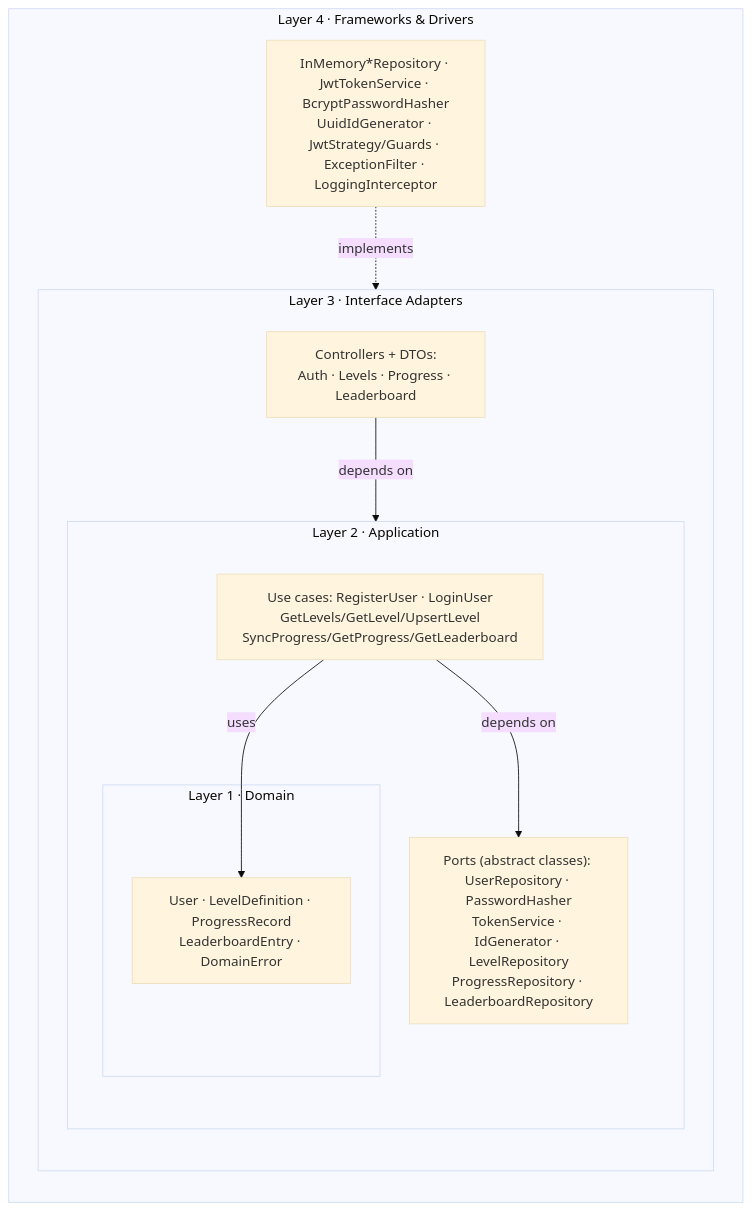
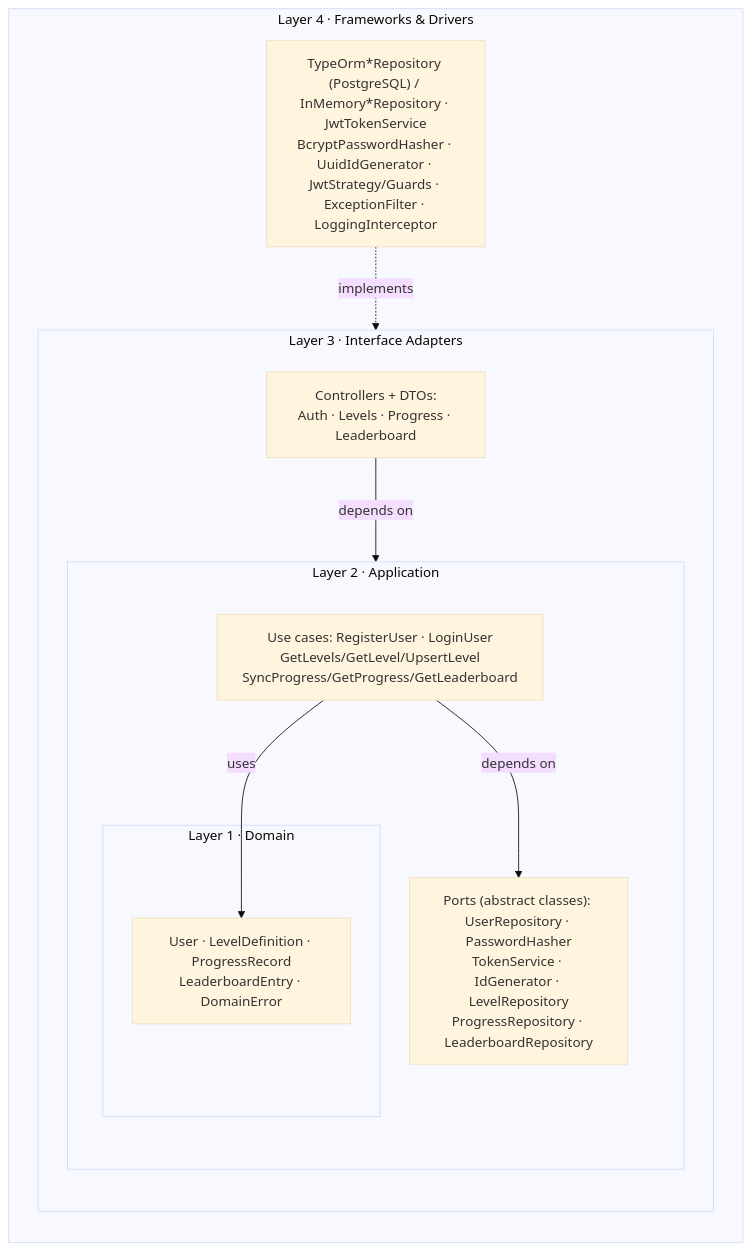
Before and after one commit to danielsaco098/ArrowMaze-Backend: the first of 2 diagrams in README.md, drawn with Mermaid (base theme). The commit also changed other lines of this file and 3 other files, not shown here.

First line of the commit message:
docs: update README, diagrams and AI usage log for PostgreSQL persistence (#8)

````diff
--- a/README.md
+++ b/README.md
@@ -55,24 +58,24 @@
 ```mermaid
 flowchart TB
     subgraph L4["Layer 4 · Frameworks & Drivers"]
         direction TB
         subgraph L3["Layer 3 · Interface Adapters"]
             direction TB
             subgraph L2["Layer 2 · Application"]
                 direction TB
                 subgraph L1["Layer 1 · Domain"]
                     DOMAIN["User · LevelDefinition · ProgressRecord<br/>LeaderboardEntry · DomainError"]
                 end
                 USECASES["Use cases: RegisterUser · LoginUser<br/>GetLevels/GetLevel/UpsertLevel<br/>SyncProgress/GetProgress/GetLeaderboard"]
                 PORTS["Ports (abstract classes): UserRepository · PasswordHasher<br/>TokenService · IdGenerator · LevelRepository<br/>ProgressRepository · LeaderboardRepository"]
             end
             CONTROLLERS["Controllers + DTOs:<br/>Auth · Levels · Progress · Leaderboard"]
         end
-        INFRA["InMemory*Repository · JwtTokenService · BcryptPasswordHasher<br/>UuidIdGenerator · JwtStrategy/Guards · ExceptionFilter · LoggingInterceptor"]
+        INFRA["TypeOrm*Repository (PostgreSQL) / InMemory*Repository · JwtTokenService<br/>BcryptPasswordHasher · UuidIdGenerator · JwtStrategy/Guards · ExceptionFilter · LoggingInterceptor"]
     end
 
     CONTROLLERS -->|depends on| USECASES
     USECASES -->|depends on| PORTS
     USECASES -->|uses| DOMAIN
     INFRA -.->|implements| PORTS
 ```
````
